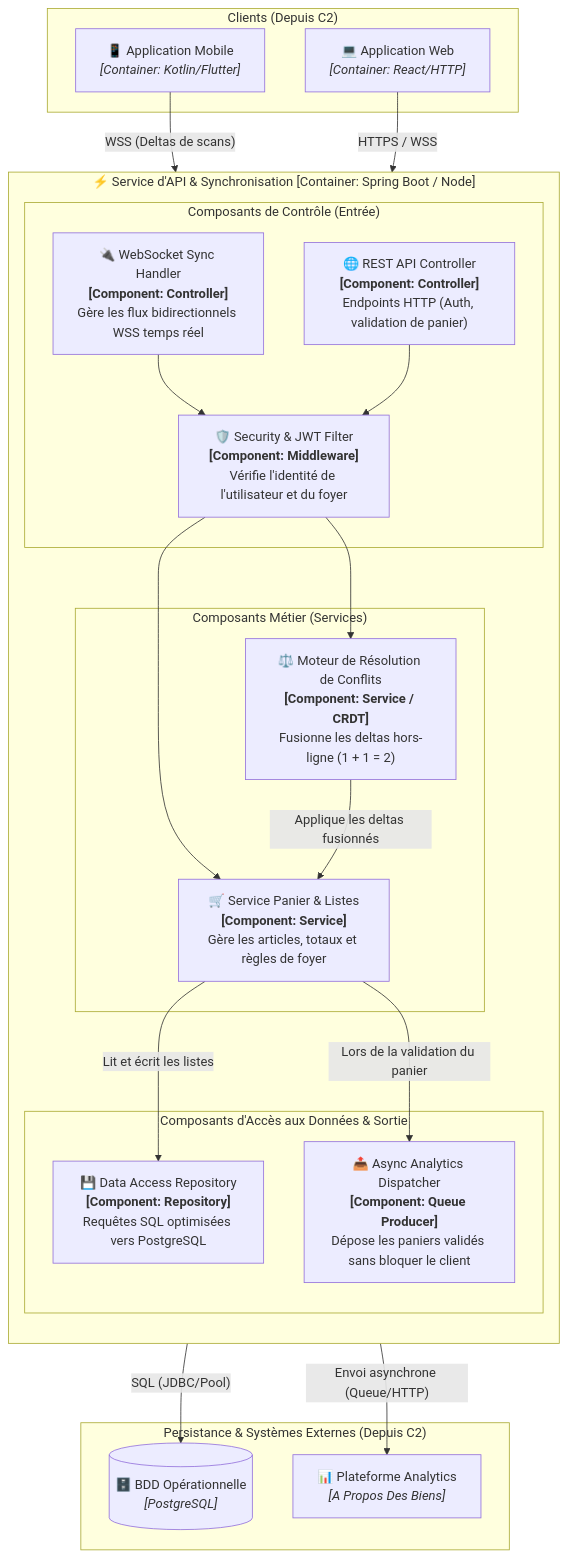
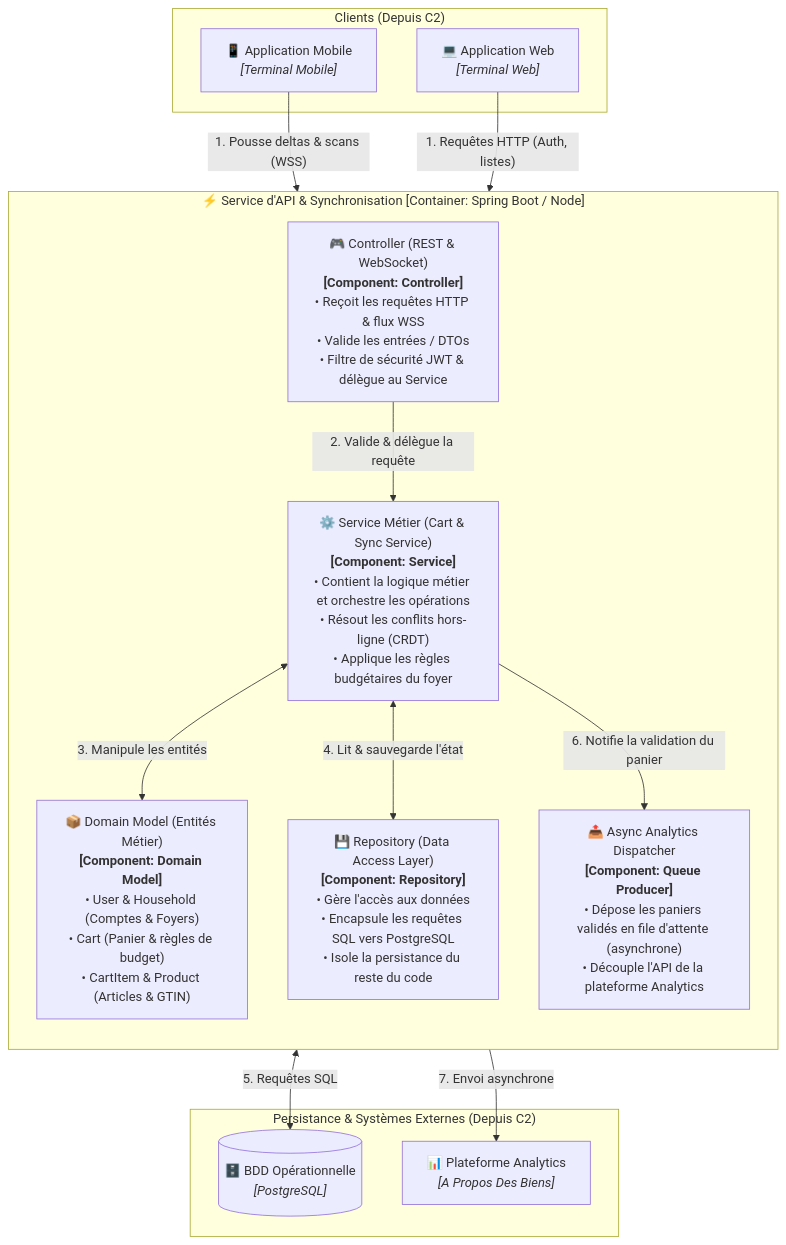
One commit to Edsaje/kestachet changed the fourth of 6 diagrams in docs/architecture.md. Above: the diagram before and after it, drawn with Mermaid. The commit also changed other lines of this file and 1 other file, not shown here.

Commit message:
docs: intégration des 4 composants clés (Controller, Service, Repository, Domain Model) dans le C3

````diff
--- a/docs/architecture.md
+++ b/docs/architecture.md
@@ -238,53 +242,41 @@
 ```mermaid
 flowchart TB
     %% Liens entrants depuis le C2
     subgraph CLIENTS ["Clients (Depuis C2)"]
-        APP_IN["📱 Application Mobile<br><i>[Container: Kotlin/Flutter]</i>"]
-        WEB_IN["💻 Application Web<br><i>[Container: React/HTTP]</i>"]
+        APP_IN["📱 Application Mobile<br><i>[Terminal Mobile]</i>"]
+        WEB_IN["💻 Application Web<br><i>[Terminal Web]</i>"]
     end
 
     %% ZOOM C3 SUR LE SERVICE D'API
     subgraph API_CONTAINER ["⚡ Service d'API & Synchronisation [Container: Spring Boot / Node]"]
         direction TB
 
-        subgraph ENTREE ["Composants de Contrôle (Entrée)"]
-            WS_CTRL["🔌 WebSocket Sync Handler<br><b>[Component: Controller]</b><br>Gère les flux bidirectionnels WSS temps réel"]
-            REST_CTRL["🌐 REST API Controller<br><b>[Component: Controller]</b><br>Endpoints HTTP (Auth, validation de panier)"]
-            AUTH_GUARD["🛡️ Security & JWT Filter<br><b>[Component: Middleware]</b><br>Vérifie l'identité de l'utilisateur et du foyer"]
-        end
+        CONTROLLER["🎮 Controller (REST & WebSocket)<br><b>[Component: Controller]</b><br>• Reçoit les requêtes HTTP & flux WSS<br>• Valide les entrées / DTOs<br>• Filtre de sécurité JWT & délègue au Service"]
 
-        subgraph METIER ["Composants Métier (Services)"]
-            SYNC_ENGINE["⚖️ Moteur de Résolution de Conflits<br><b>[Component: Service / CRDT]</b><br>Fusionne les deltas hors-ligne (1 + 1 = 2)"]
-            CART_SERVICE["🛒 Service Panier & Listes<br><b>[Component: Service]</b><br>Gère les articles, totaux et règles de foyer"]
-        end
+        SERVICE["⚙️ Service Métier (Cart & Sync Service)<br><b>[Component: Service]</b><br>• Contient la logique métier et orchestre les opérations<br>• Résout les conflits hors-ligne (CRDT)<br>• Applique les règles budgétaires du foyer"]
 
-        subgraph SORTIE ["Composants d'Accès aux Données & Sortie"]
-            DATA_REPO["💾 Data Access Repository<br><b>[Component: Repository]</b><br>Requêtes SQL optimisées vers PostgreSQL"]
-            ASYNC_DISPATCHER["📤 Async Analytics Dispatcher<br><b>[Component: Queue Producer]</b><br>Dépose les paniers validés sans bloquer le client"]
-        end
+        REPOSITORY["💾 Repository (Data Access Layer)<br><b>[Component: Repository]</b><br>• Gère l'accès aux données<br>• Encapsule les requêtes SQL vers PostgreSQL<br>• Isole la persistance du reste du code"]
+
+        DOMAIN["📦 Domain Model (Entités Métier)<br><b>[Component: Domain Model]</b><br>• User & Household (Comptes & Foyers)<br>• Cart (Panier & règles de budget)<br>• CartItem & Product (Articles & GTIN)"]
+
+        ASYNC_DISPATCHER["📤 Async Analytics Dispatcher<br><b>[Component: Queue Producer]</b><br>• Dépose les paniers validés en file d'attente (asynchrone)<br>• Découple l'API de la plateforme Analytics"]
     end
 
     %% Cibles sortantes vers C2
     subgraph SORTIES_C2 ["Persistance & Systèmes Externes (Depuis C2)"]
         DB_OUT[("🗄️ BDD Opérationnelle<br><i>[PostgreSQL]</i>")]
         DATA_OUT["📊 Plateforme Analytics<br><i>[A Propos Des Biens]</i>"]
     end
 
     %% Flux internes
-    APP_IN -->|"WSS (Deltas de scans)"| WS_CTRL
-    WEB_IN -->|"HTTPS / WSS"| REST_CTRL
+    APP_IN -->|"1. Pousse deltas & scans (WSS)"| CONTROLLER
+    WEB_IN -->|"1. Requêtes HTTP (Auth, listes)"| CONTROLLER
 
-    WS_CTRL --> AUTH_GUARD
-    REST_CTRL --> AUTH_GUARD
+    CONTROLLER -->|"2. Valide & délègue la requête"| SERVICE
+    SERVICE <-->|"3. Manipule les entités"| DOMAIN
+    SERVICE <-->|"4. Lit & sauvegarde l'état"| REPOSITORY
+    REPOSITORY <-->|"5. Requêtes SQL"| DB_OUT
 
-    AUTH_GUARD --> SYNC_ENGINE
-    AUTH_GUARD --> CART_SERVICE
-
-    SYNC_ENGINE -->|"Applique les deltas fusionnés"| CART_SERVICE
-
-    CART_SERVICE -->|"Lit et écrit les listes"| DATA_REPO
-    CART_SERVICE -->|"Lors de la validation du panier"| ASYNC_DISPATCHER
-
-    DATA_REPO -->|"SQL (JDBC/Pool)"| DB_OUT
-    ASYNC_DISPATCHER -->|"Envoi asynchrone (Queue/HTTP)"| DATA_OUT
+    SERVICE -->|"6. Notifie la validation du panier"| ASYNC_DISPATCHER
+    ASYNC_DISPATCHER -->|"7. Envoi asynchrone"| DATA_OUT
 ```
````
